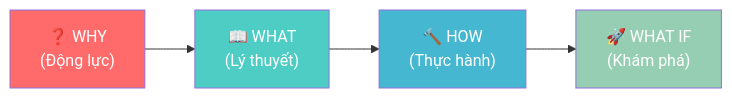
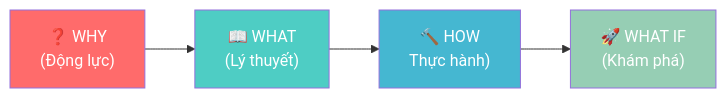
Before and after one commit to vuanhtu1993/vuanhtu1993.github.io: the first of 2 diagrams in .agent/skills/create-tech-lecture/SKILL.md, drawn with Mermaid. The commit also changed 6 other files, not shown here.

````diff
--- a/.agent/skills/create-tech-lecture/SKILL.md
+++ b/.agent/skills/create-tech-lecture/SKILL.md
@@ -43,10 +43,10 @@
 ```mermaid
 flowchart LR
-    A["❓ WHY\n(Động lực)"] --> B["📖 WHAT\n(Lý thuyết)"]
-    B --> C["🔨 HOW\n(Thực hành)"]
-    C --> D["🚀 WHAT IF\n(Khám phá)"]
+    A["❓ WHY<br>(Động lực)"] --> B["📖 WHAT<br>(Lý thuyết)"]
+    B --> C["🔨 HOW<br>Thực hành)"]
+    C --> D["🚀 WHAT IF<br>(Khám phá)"]
     style A fill:#ff6b6b,color:#fff
     style B fill:#4ecdc4,color:#fff
     style C fill:#45b7d1,color:#fff
     style D fill:#96ceb4,color:#fff
 ```
````
